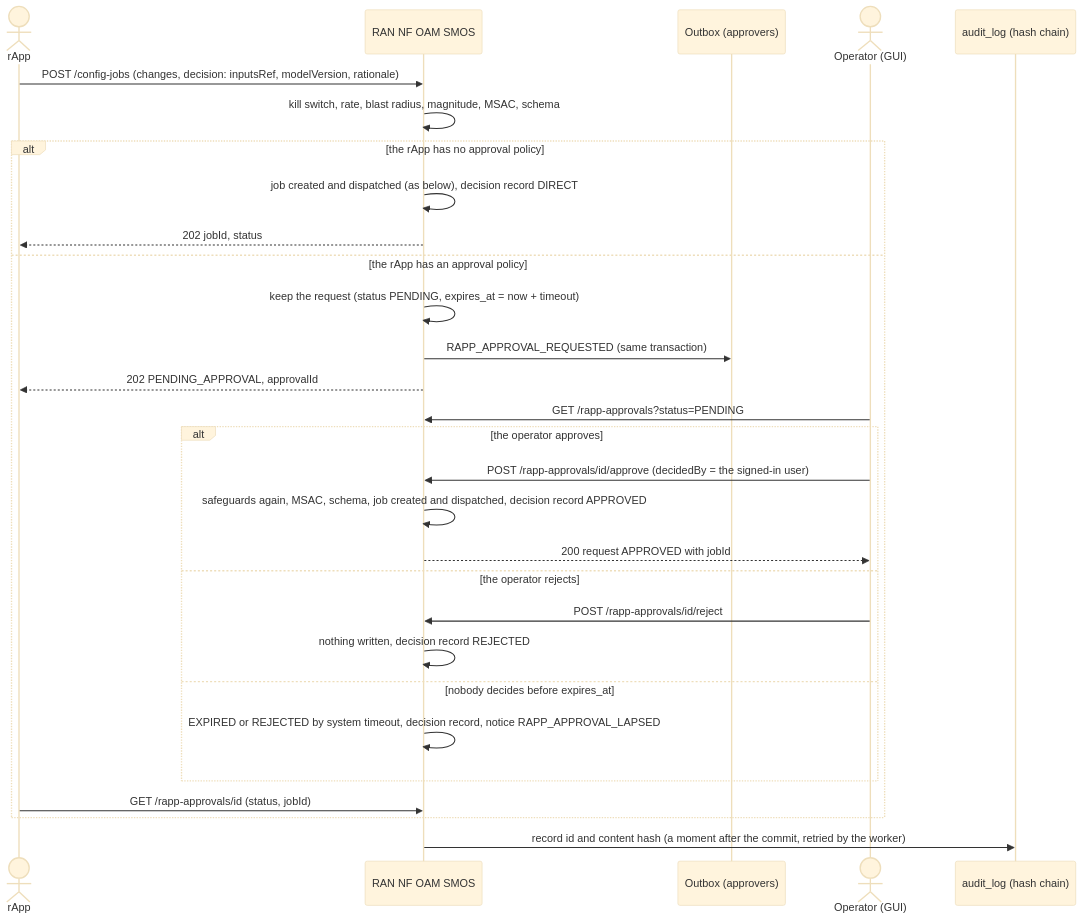
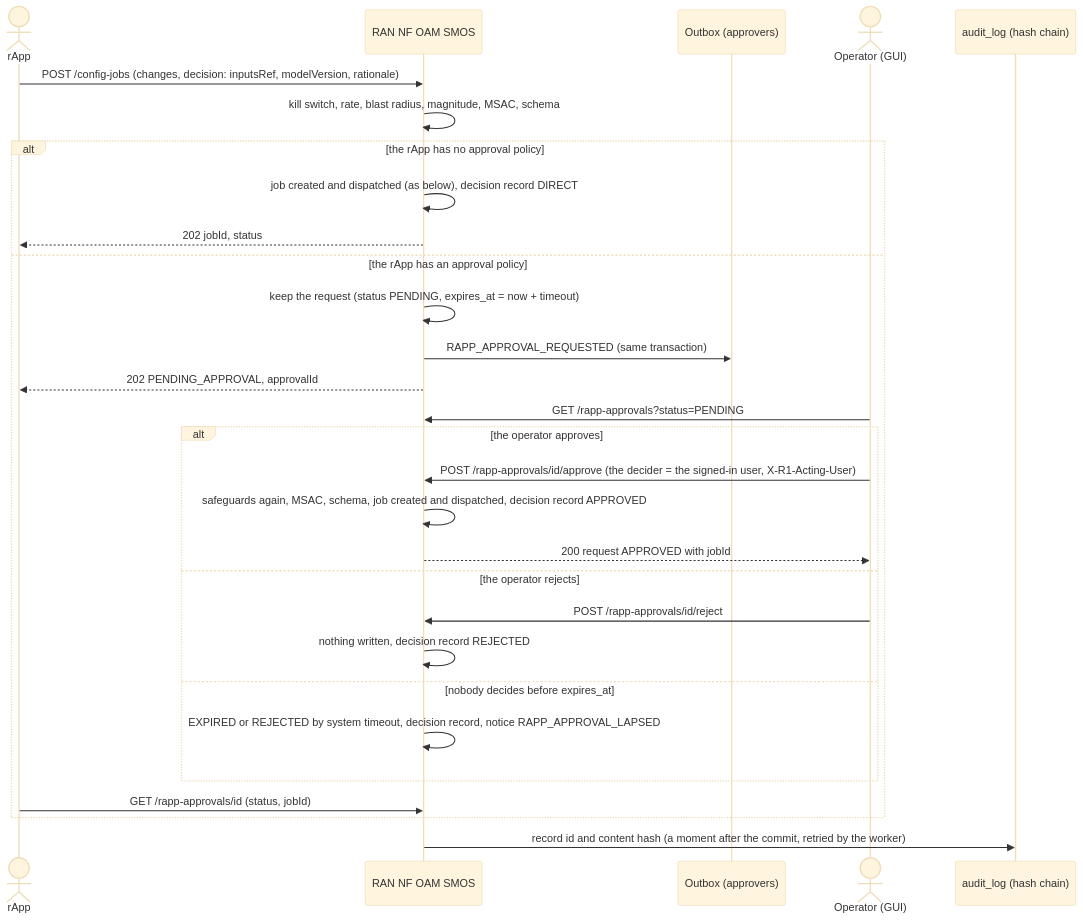
Before and after one commit to rsys-bshankar/ai-ran-ref: the first of 2 diagrams in smo/docs/call-flows/03-config-write-with-schema-check.md, drawn with Mermaid (base theme). The commit also changed 43 other files, not shown here.

````diff
--- a/smo/docs/call-flows/03-config-write-with-schema-check.md
+++ b/smo/docs/call-flows/03-config-write-with-schema-check.md
@@ -29,32 +29,32 @@
 ```mermaid
 sequenceDiagram
     actor rApp
     participant NFOAM as RAN NF OAM SMOS
     participant Outbox as Outbox (approvers)
     actor Operator as Operator (GUI)
     participant Chain as audit_log (hash chain)
 
     rApp->>NFOAM: POST /config-jobs (changes, decision: inputsRef, modelVersion, rationale)
     NFOAM->>NFOAM: kill switch, rate, blast radius, magnitude, MSAC, schema
     alt the rApp has no approval policy
         NFOAM->>NFOAM: job created and dispatched (as below), decision record DIRECT
         NFOAM-->>rApp: 202 jobId, status
     else the rApp has an approval policy
         NFOAM->>NFOAM: keep the request (status PENDING, expires_at = now + timeout)
         NFOAM->>Outbox: RAPP_APPROVAL_REQUESTED (same transaction)
         NFOAM-->>rApp: 202 PENDING_APPROVAL, approvalId
         Operator->>NFOAM: GET /rapp-approvals?status=PENDING
         alt the operator approves
-            Operator->>NFOAM: POST /rapp-approvals/id/approve (decidedBy = the signed-in user)
+            Operator->>NFOAM: POST /rapp-approvals/id/approve (the decider = the signed-in user, X-R1-Acting-User)
             NFOAM->>NFOAM: safeguards again, MSAC, schema, job created and dispatched, decision record APPROVED
             NFOAM-->>Operator: 200 request APPROVED with jobId
         else the operator rejects
             Operator->>NFOAM: POST /rapp-approvals/id/reject
             NFOAM->>NFOAM: nothing written, decision record REJECTED
         else nobody decides before expires_at
             NFOAM->>NFOAM: EXPIRED or REJECTED by system timeout, decision record, notice RAPP_APPROVAL_LAPSED
         end
         rApp->>NFOAM: GET /rapp-approvals/id (status, jobId)
     end
     NFOAM->>Chain: record id and content hash (a moment after the commit, retried by the worker)
 ```
````
